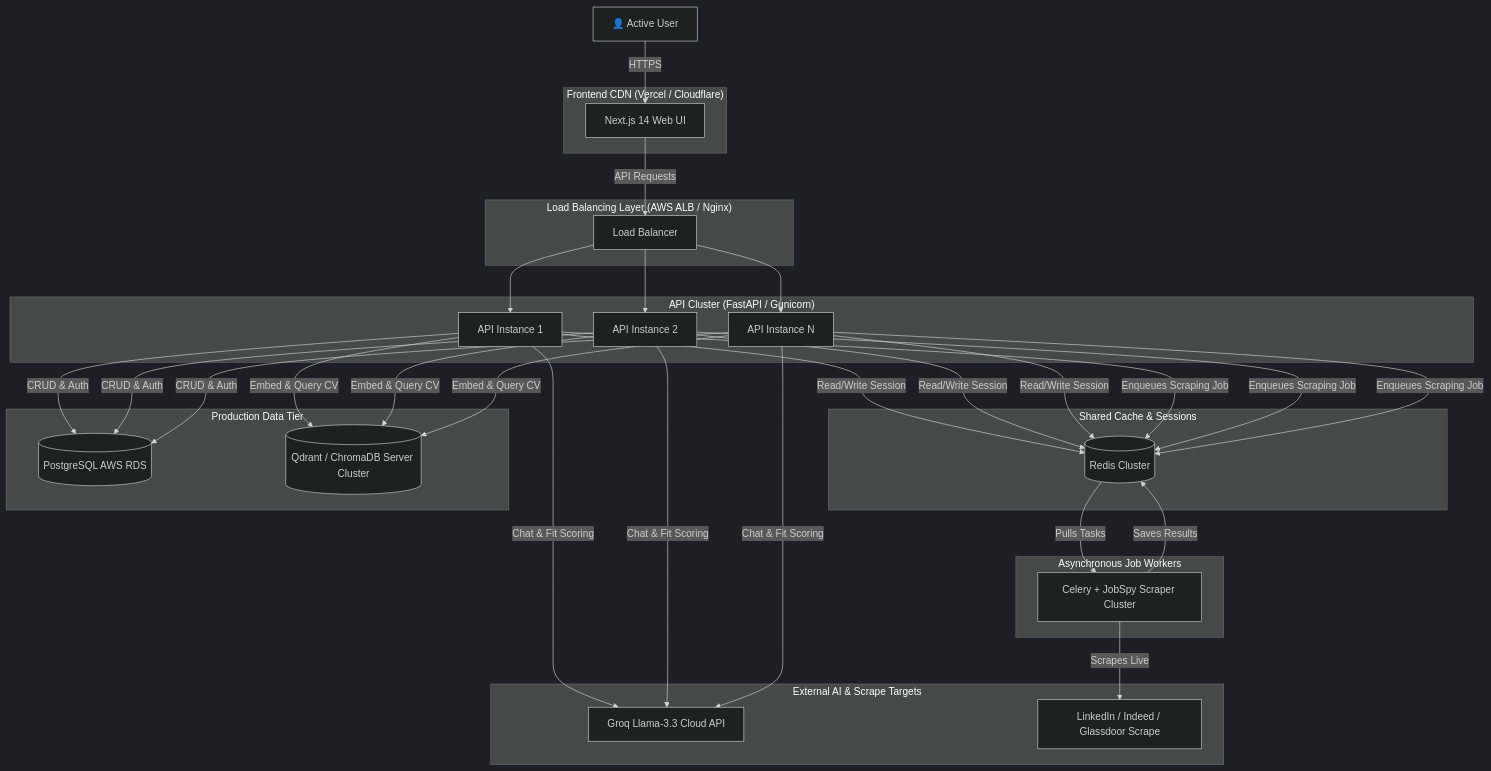
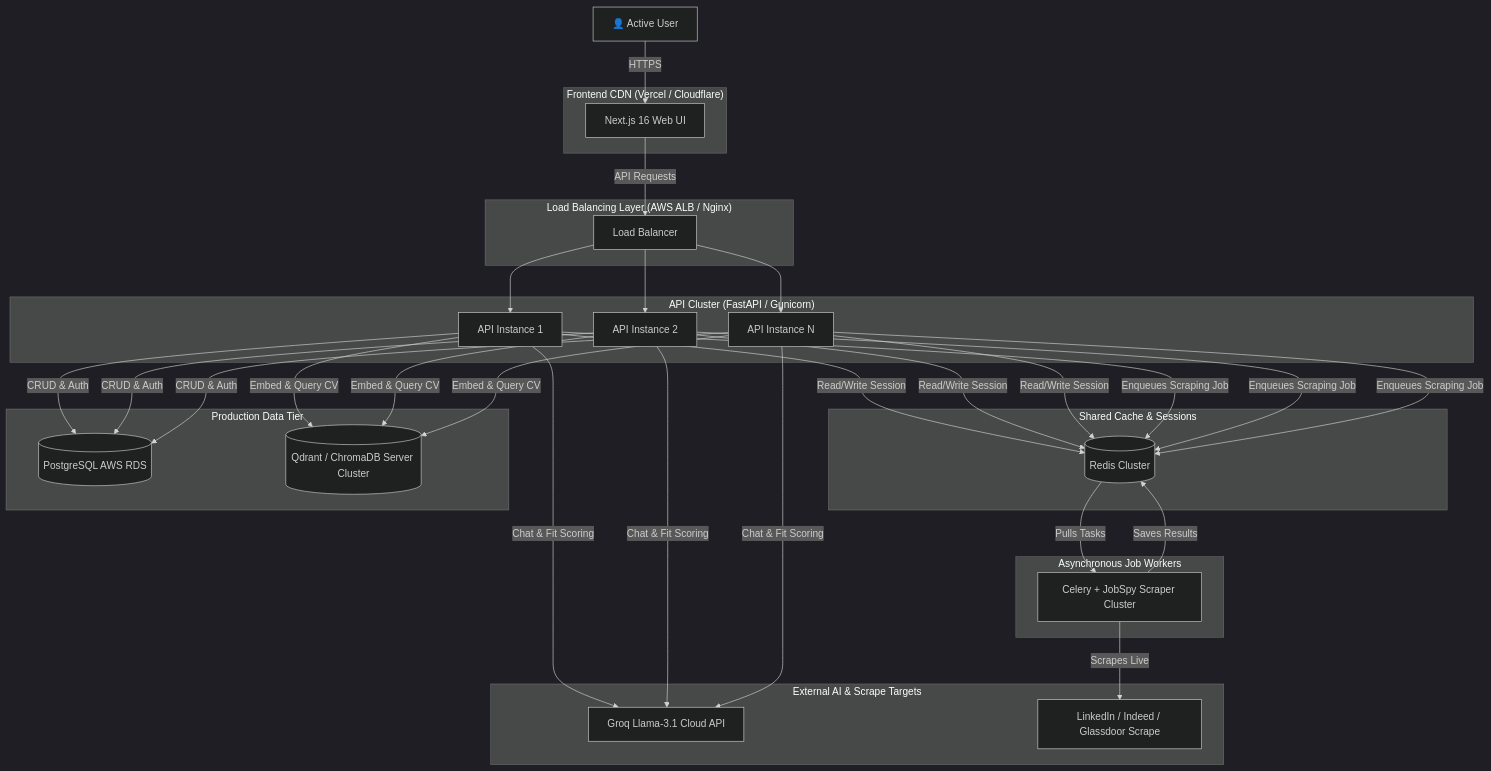
Before and after one commit to toothbrush-ZZZ/CareerPilot: the diagram in SYSTEM_DESIGN.md, drawn with Mermaid (dark theme). The commit also changed other lines of this file and 1 other file, not shown here.

````diff
--- a/SYSTEM_DESIGN.md
+++ b/SYSTEM_DESIGN.md
@@ -9,51 +9,51 @@
 ```mermaid
 graph TD
     U[👤 Active User]
 
     subgraph CDN ["Frontend CDN (Vercel / Cloudflare)"]
-        FE[Next.js 14 Web UI]
+        FE[Next.js 16 Web UI]
     end
 
     subgraph LoadBalancer ["Load Balancing Layer (AWS ALB / Nginx)"]
         LB[Load Balancer]
     end
 
     subgraph BackendCluster ["API Cluster (FastAPI / Gunicorn)"]
         BE1[API Instance 1]
         BE2[API Instance 2]
         BE3[API Instance N]
     end
 
     subgraph ScrapingService ["Asynchronous Job Workers"]
         Celery[Celery + JobSpy Scraper Cluster]
     end
 
     subgraph CacheStore ["Shared Cache & Sessions"]
         Redis[(Redis Cluster)]
     end
 
     subgraph StorageServices ["Production Data Tier"]
         DB[(PostgreSQL AWS RDS)]
         VDB[(Qdrant / ChromaDB Server Cluster)]
     end
 
     subgraph ExternalAPI ["External AI & Scrape Targets"]
-        Groq[Groq Llama-3.3 Cloud API]
+        Groq[Groq Llama-3.1 Cloud API]
         Targets[LinkedIn / Indeed / Glassdoor Scrape]
     end
 
     U -->|HTTPS| FE
     FE -->|API Requests| LB
     LB --> BE1 & BE2 & BE3
     
     BE1 & BE2 & BE3 -->|Read/Write Session| Redis
     BE1 & BE2 & BE3 -->|CRUD & Auth| DB
     BE1 & BE2 & BE3 -->|Embed & Query CV| VDB
     BE1 & BE2 & BE3 -->|Enqueues Scraping Job| Redis
     
     Redis -->|Pulls Tasks| Celery
     Celery -->|Scrapes Live| Targets
     Celery -->|Saves Results| Redis
     
     BE1 & BE2 & BE3 -->|Chat & Fit Scoring| Groq
 ```
````
